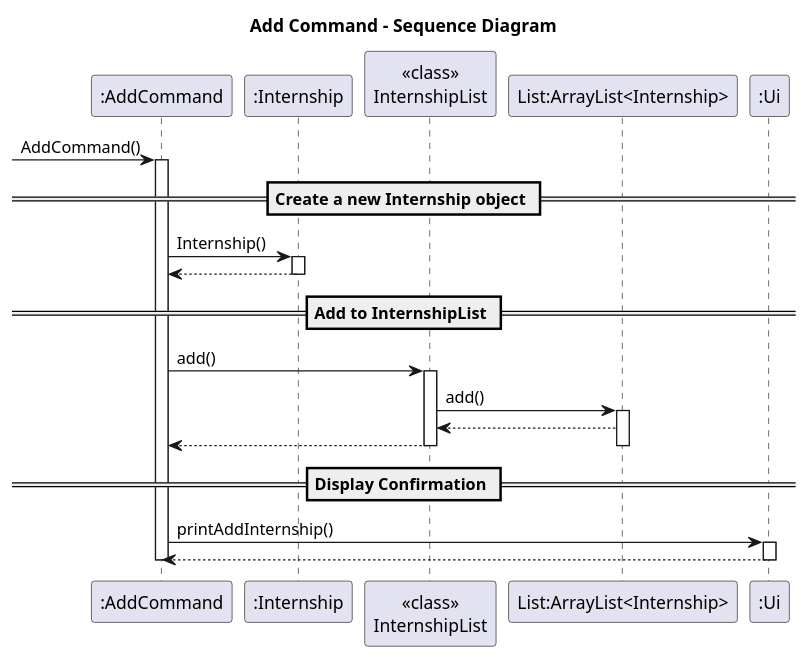
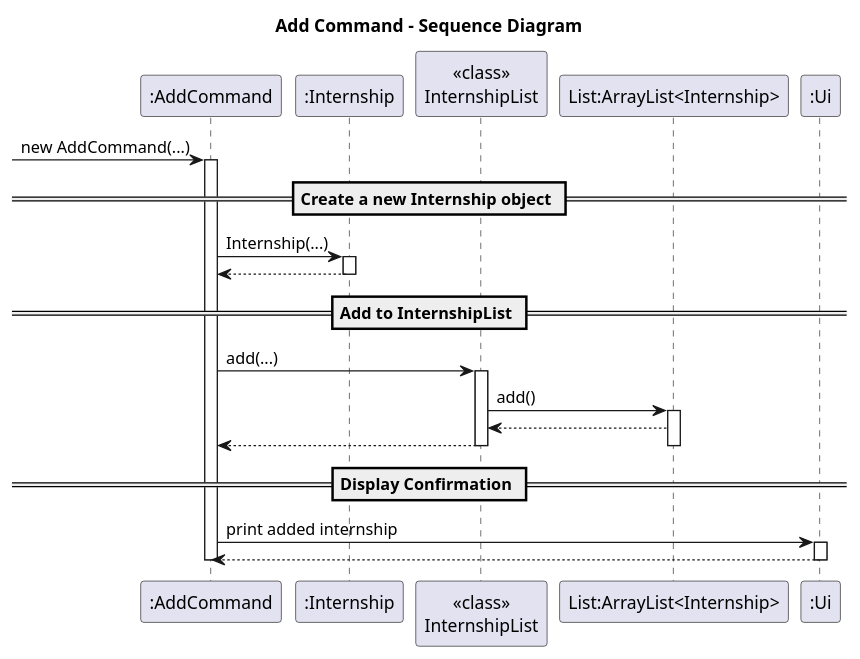
Before and after one commit to BenyAlbatross/tp: the diagram in docs/diagrams/AddCommandSD.puml, drawn with PlantUML. The commit also changed 1 other file, not shown here.

Commit message:
Update uml diagrams for Add and Find command

```diff
--- a/docs/diagrams/AddCommandSD.puml
+++ b/docs/diagrams/AddCommandSD.puml
@@ -1,36 +1,36 @@
 @startuml
 title Add Command - Sequence Diagram
 
 participant ":AddCommand" as AC
 participant ":Internship" as IN
 participant "<<class>>\nInternshipList" as IL
 participant "List:ArrayList<Internship>" as LI
 participant ":Ui" as Ui
 
--> AC: AddCommand()
+-> AC: new AddCommand(...)
 activate AC
 == Create a new Internship object ==
-AC -> IN: Internship()
+AC -> IN: Internship(...)
 activate IN
 IN --> AC
 deactivate IN
 
 == Add to InternshipList ==
-AC -> IL: add()
+AC -> IL: add(...)
 activate IL
 IL -> LI: add()
 activate LI
 LI --> IL
 IL --> AC
 deactivate LI
 deactivate IL
 
 == Display Confirmation ==
-AC -> Ui: printAddInternship()
+AC -> Ui: print added internship
 activate Ui
 Ui --> AC
 deactivate Ui
 
 deactivate AC
 
 @enduml
```
